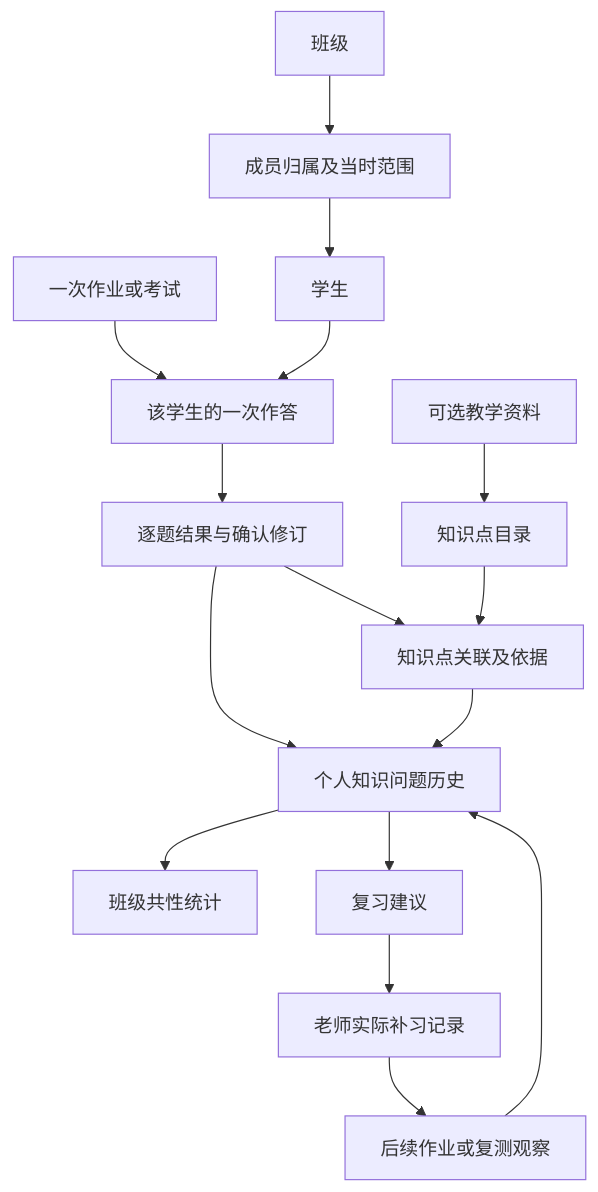
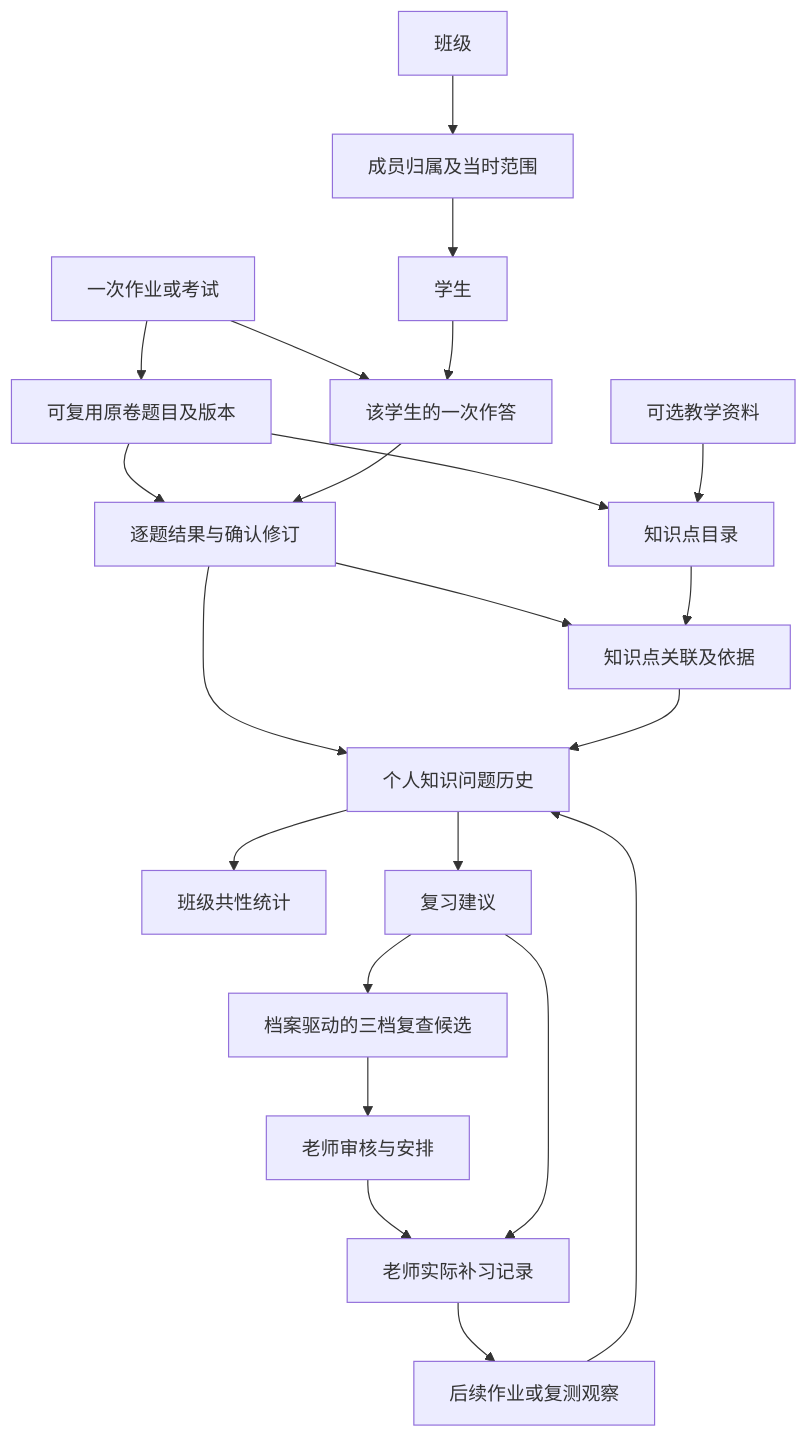
Before and after one commit to MMC880/ai-tutoring-diagnosis: the diagram in docs/design/LEARNING_ARCHIVE_MVP_REFOCUS.md, drawn with Mermaid. The commit also changed other lines of this file and 10 other files, not shown here.

````diff
--- a/docs/design/LEARNING_ARCHIVE_MVP_REFOCUS.md
+++ b/docs/design/LEARNING_ARCHIVE_MVP_REFOCUS.md
@@ -59,18 +65,24 @@
 ```mermaid
 flowchart TD
     C[班级] --> M[成员归属及当时范围]
     M --> S[学生]
-    A[一次作业或考试] --> T[该学生的一次作答]
+    A[一次作业或考试] --> Q[可复用原卷题目及版本]
+    Q --> R
+    Q --> K
+    A --> T[该学生的一次作答]
     S --> T
     T --> R[逐题结果与确认修订]
     R --> L[知识点关联及依据]
     K[知识点目录] --> L
     D[可选教学资料] --> K
     R --> H[个人知识问题历史]
     L --> H
     H --> B[班级共性统计]
     H --> P[复习建议]
-    P --> F[老师实际补习记录]
+    P --> X[档案驱动的三档复查候选]
+    X --> V[老师审核与安排]
+    V --> F[老师实际补习记录]
+    P --> F
     F --> O[后续作业或复测观察]
     O --> H
 ```
````
